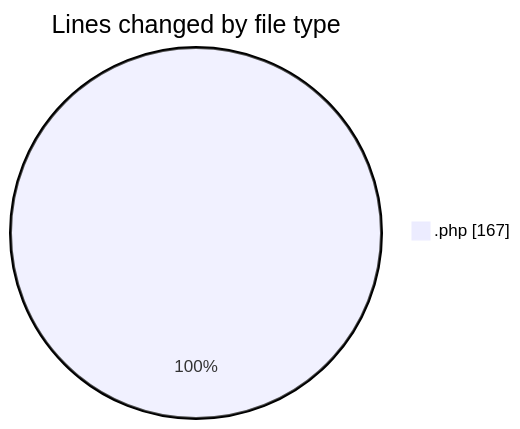
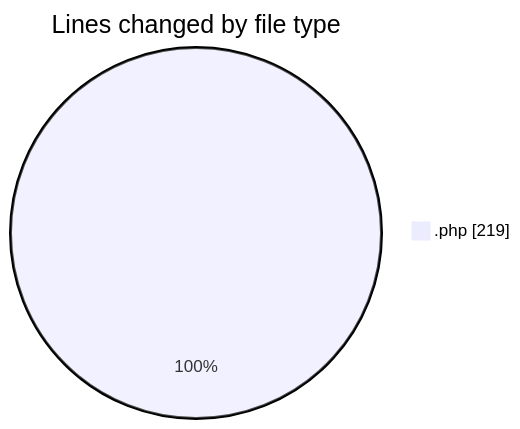
The first of 2 diagrams in 2025-10-01/totem2/README.md (LanceThiago/code-tracking), drawn with Mermaid before and after one commit. The commit also changed other lines of this file and 1 other file, not shown here.

````diff
--- a/2025-10-01/totem2/README.md
+++ b/2025-10-01/totem2/README.md
@@ -20,5 +21,5 @@
 ```mermaid
 pie showData
 title Lines changed by file type
-".php" : 167
+".php" : 219
 ```
````
